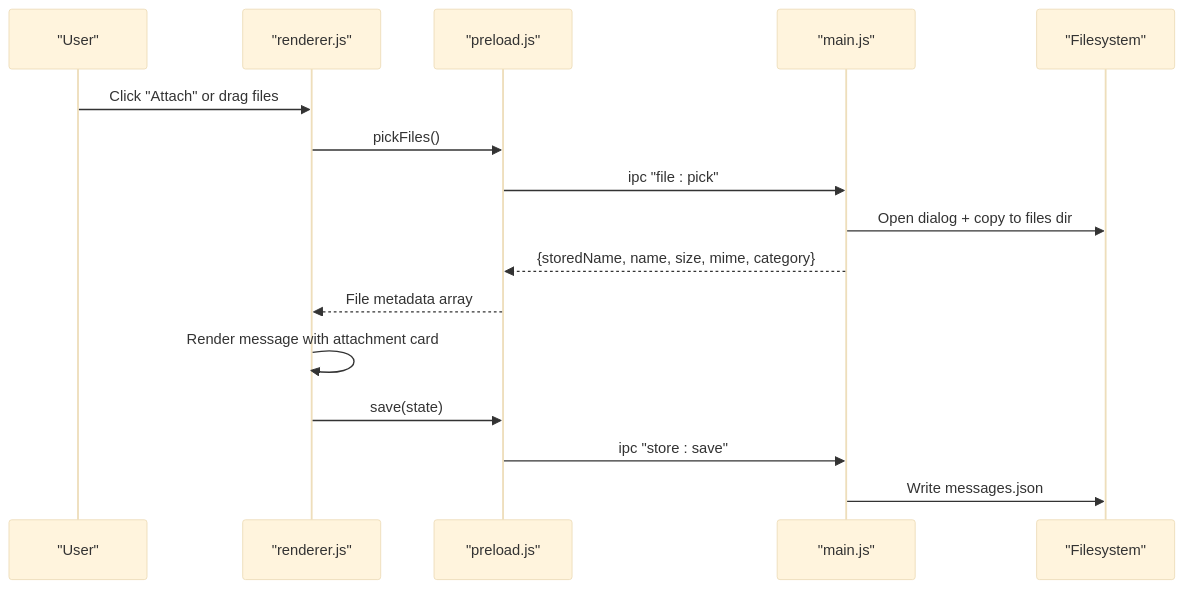
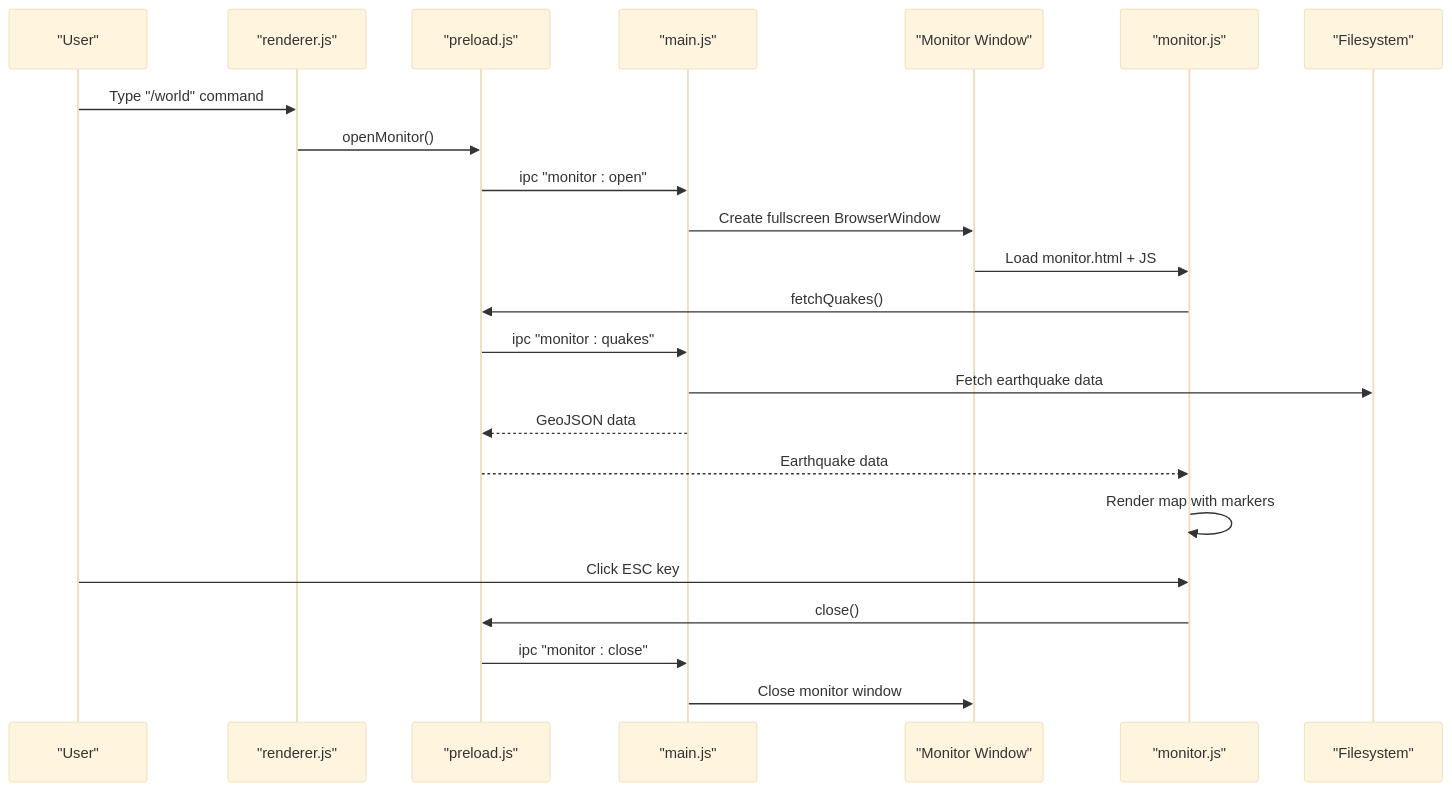
The second of 10 diagrams in .qoder/repowiki/en/content/User Interface Components.md (Annguyen0410/Personal-Messenger-Like-Storage-), drawn with Mermaid (base theme) before and after one commit. The commit also changed other lines of this file and 10 other files, not shown here.

````diff
--- a/.qoder/repowiki/en/content/User Interface Components.md
+++ b/.qoder/repowiki/en/content/User Interface Components.md
@@ -105,18 +132,25 @@
 ```mermaid
 sequenceDiagram
 participant U as "User"
 participant R as "renderer.js"
 participant P as "preload.js"
 participant M as "main.js"
+participant MW as "Monitor Window"
+participant MM as "monitor.js"
 participant FS as "Filesystem"
-U->>R : Click "Attach" or drag files
-R->>P : pickFiles()
-P->>M : ipc "file : pick"
-M->>FS : Open dialog + copy to files dir
-M-->>P : {storedName, name, size, mime, category}
-P-->>R : File metadata array
-R->>R : Render message with attachment card
-R->>P : save(state)
-P->>M : ipc "store : save"
-M->>FS : Write messages.json
+U->>R : Type "/world" command
+R->>P : openMonitor()
+P->>M : ipc "monitor : open"
+M->>MW : Create fullscreen BrowserWindow
+MW->>MM : Load monitor.html + JS
+MM->>P : fetchQuakes()
+P->>M : ipc "monitor : quakes"
+M->>FS : Fetch earthquake data
+M-->>P : GeoJSON data
+P-->>MM : Earthquake data
+MM->>MM : Render map with markers
+U->>MM : Click ESC key
+MM->>P : close()
+P->>M : ipc "monitor : close"
+M->>MW : Close monitor window
 ```
````
